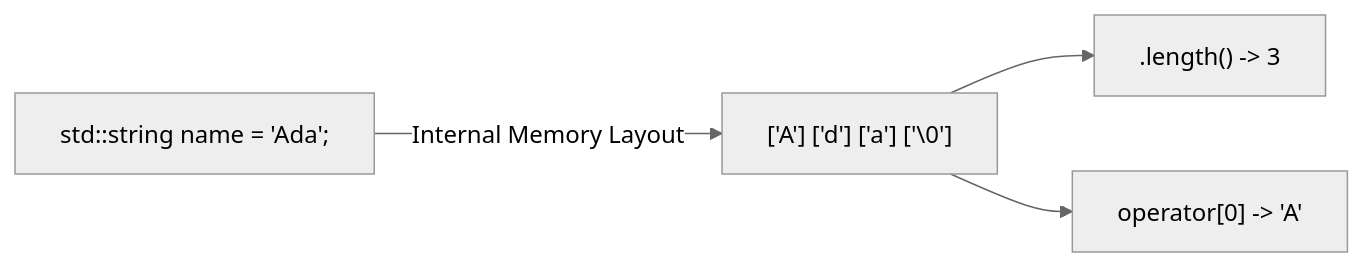
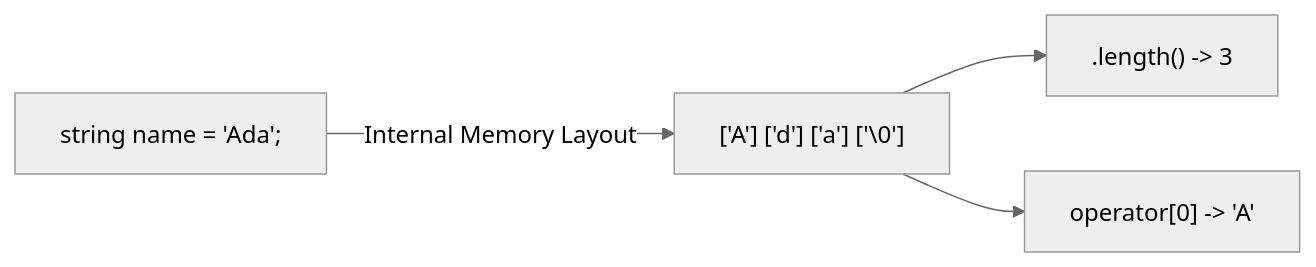
The diagram in 02_BasicSyntax/theory/L07_Strings.md (MiniLux0/LearningCpp), drawn with Mermaid (neutral theme) before and after one commit. The commit also changed other lines of this file and 97 other files, not shown here.

````diff
--- a/02_BasicSyntax/theory/L07_Strings.md
+++ b/02_BasicSyntax/theory/L07_Strings.md
@@ -30,6 +30,6 @@
 ```mermaid
 graph LR
-    Str["std::string name = 'Ada';"] -->|Internal Memory Layout| Arr["['A'] ['d'] ['a'] ['\0']"]
+    Str["string name = 'Ada';"] -->|Internal Memory Layout| Arr["['A'] ['d'] ['a'] ['\0']"]
     Arr --> Method1[".length() -> 3"]
     Arr --> Method2["operator[0] -> 'A'"]
 ```
````
